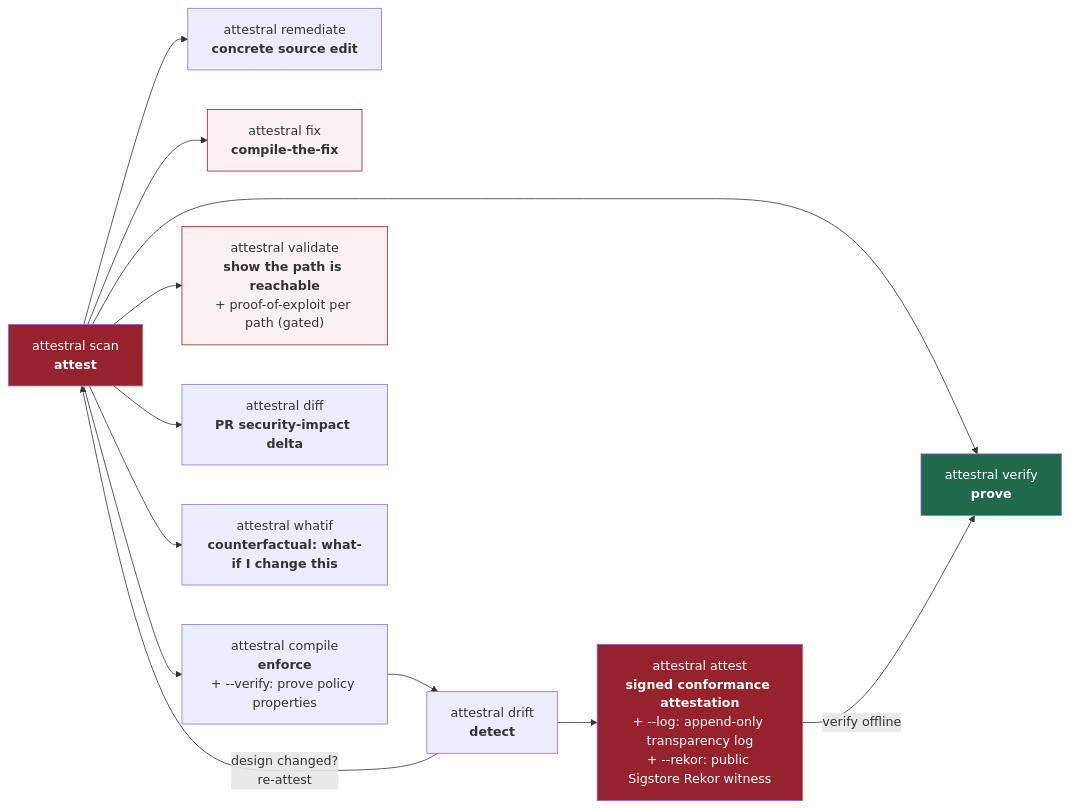
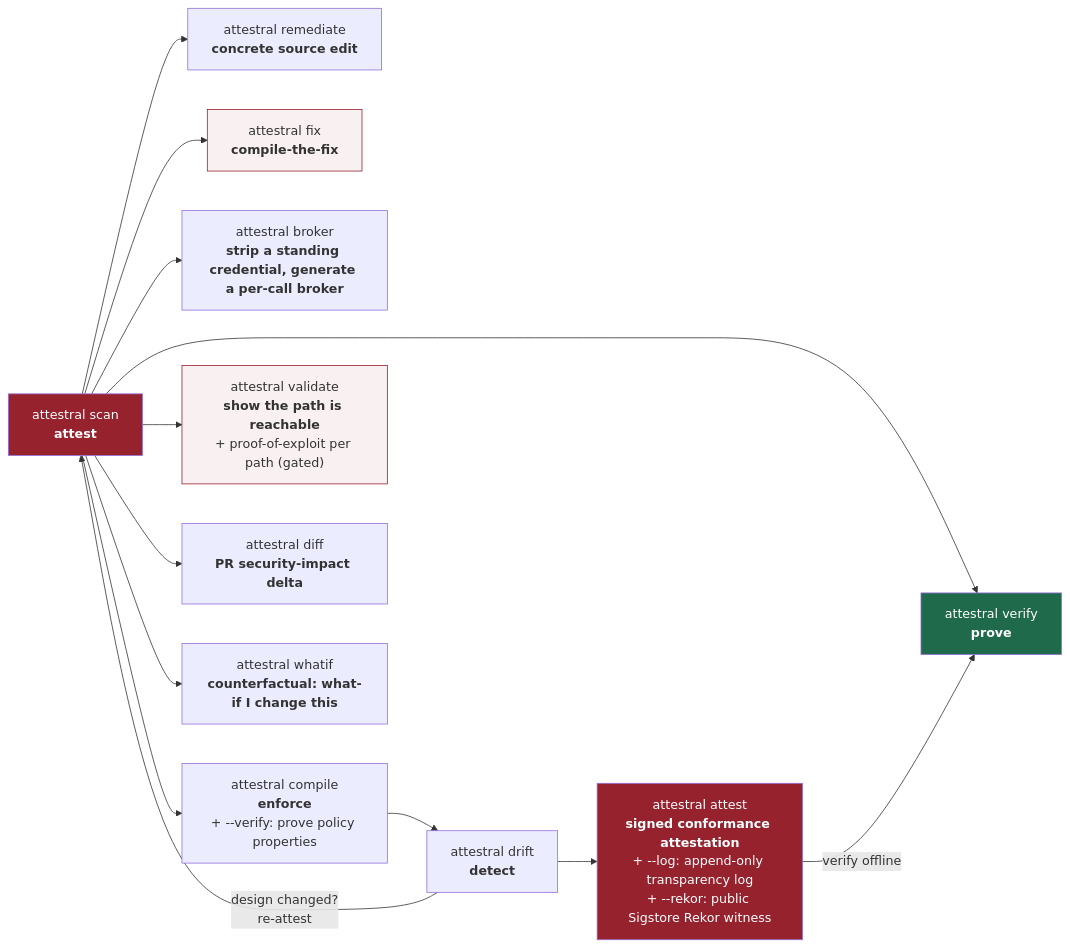
The second of 4 diagrams in README.md (attestral-labs/attestral), drawn with Mermaid before and after one commit. The commit also changed other lines of this file and 6 other files, not shown here.

````diff
--- a/README.md
+++ b/README.md
@@ -287,19 +287,20 @@
 ```mermaid
 flowchart LR
     A["attestral scan<br/><b>attest</b>"] --> B["attestral verify<br/><b>prove</b>"]
     A --> R["attestral remediate<br/><b>concrete source edit</b>"]
     A --> F["attestral fix<br/><b>compile-the-fix</b>"]
+    A --> BR["attestral broker<br/><b>strip a standing credential, generate a per-call broker</b>"]
     A --> C["attestral compile<br/><b>enforce</b><br/>+ --verify: prove policy properties"]
     C --> D["attestral drift<br/><b>detect</b>"]
     D --> AT["attestral attest<br/><b>signed conformance attestation</b><br/>+ --log: append-only transparency log<br/>+ --rekor: public Sigstore Rekor witness"]
     AT -->|"verify offline"| B
     D -->|"design changed?<br/>re-attest"| A
     A --> V["attestral validate<br/><b>show the path is reachable</b><br/>+ proof-of-exploit per path (gated)"]
     A --> DF["attestral diff<br/><b>PR security-impact delta</b>"]
     A --> WI["attestral whatif<br/><b>counterfactual: what-if I change this</b>"]
     style A fill:#96222E,color:#fff
     style B fill:#1F6A4A,color:#fff
     style F fill:#96222E11,stroke:#96222E
     style V fill:#96222E11,stroke:#96222E
     style AT fill:#96222E,color:#fff
 ```
````
